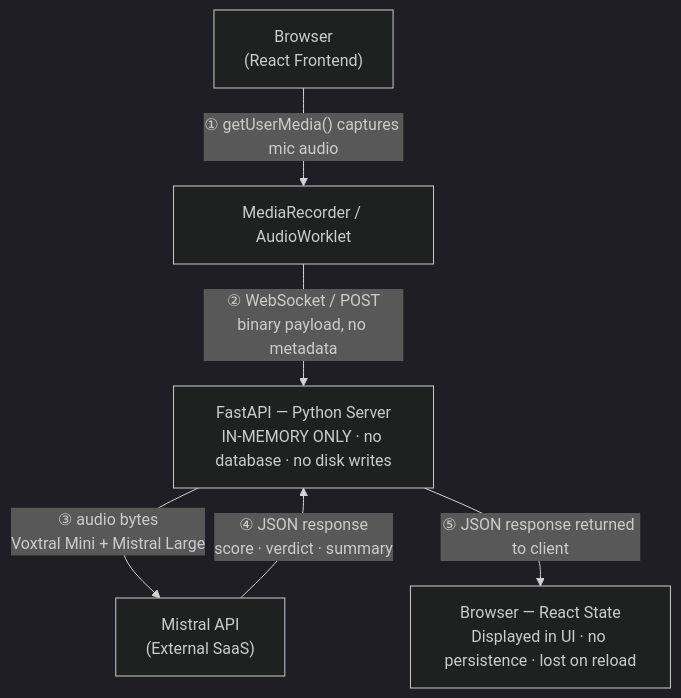
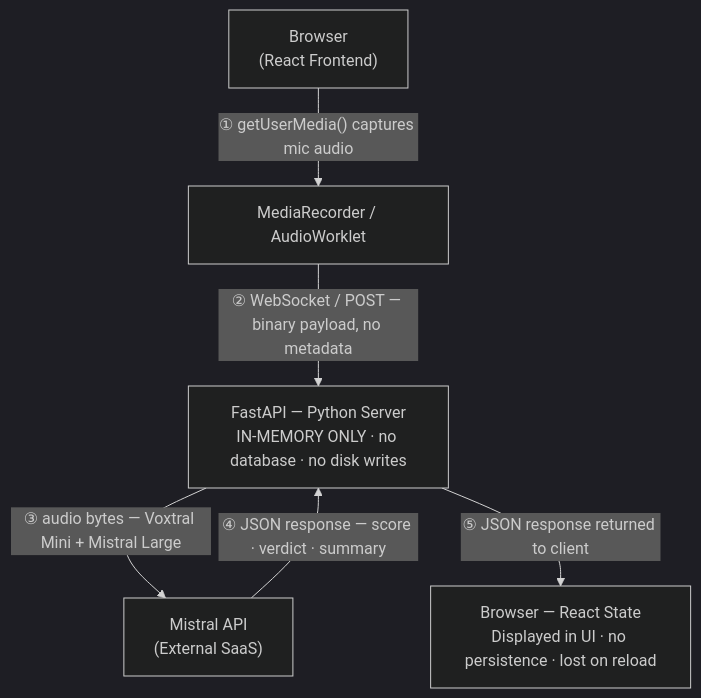
Before and after one commit to melbinkm/CallShield: the diagram in docs/THREAT_MODEL.md, drawn with Mermaid (dark theme). The commit also changed 1 other file, not shown here.

Commit message:
Final documentation updates for hackathon submission

````diff
--- a/docs/THREAT_MODEL.md
+++ b/docs/THREAT_MODEL.md
@@ -21,14 +21,14 @@
 ```mermaid
 flowchart TD
-    Browser["Browser\n(React Frontend)"]
+    Browser["Browser<br/>(React Frontend)"]
     Recorder["MediaRecorder / AudioWorklet"]
-    Server["FastAPI — Python Server\nIN-MEMORY ONLY · no database · no disk writes"]
-    Mistral["Mistral API\n(External SaaS)"]
-    State["Browser — React State\nDisplayed in UI · no persistence · lost on reload"]
+    Server["FastAPI — Python Server<br/>IN-MEMORY ONLY · no database · no disk writes"]
+    Mistral["Mistral API<br/>(External SaaS)"]
+    State["Browser — React State<br/>Displayed in UI · no persistence · lost on reload"]
 
     Browser -->|"① getUserMedia() captures mic audio"| Recorder
-    Recorder -->|"② WebSocket / POST\nbinary payload, no metadata"| Server
-    Server -->|"③ audio bytes\nVoxtral Mini + Mistral Large"| Mistral
-    Mistral -->|"④ JSON response\nscore · verdict · summary"| Server
+    Recorder -->|"② WebSocket / POST — binary payload, no metadata"| Server
+    Server -->|"③ audio bytes — Voxtral Mini + Mistral Large"| Mistral
+    Mistral -->|"④ JSON response — score · verdict · summary"| Server
     Server -->|"⑤ JSON response returned to client"| State
 ```
````
